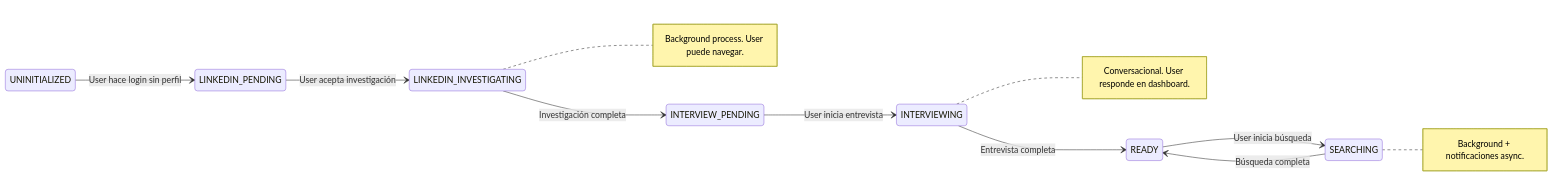
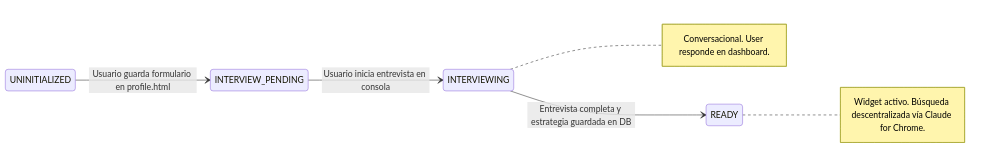
Before and after one commit to pachocamacho1990/personal-job-board: the second of 3 diagrams in docs/AGENT_ARCHITECTURE.md, drawn with Mermaid. The commit also changed other lines of this file and 2 other files, not shown here.

Commit message:
docs: update main README, DEPLOYMENT and AGENT_ARCHITECTURE guides to reflect v3 onboarding and search loops

````diff
--- a/docs/AGENT_ARCHITECTURE.md
+++ b/docs/AGENT_ARCHITECTURE.md
@@ -61,15 +54,10 @@
 ```mermaid
 stateDiagram-v2
     direction LR
-    UNINITIALIZED --> LINKEDIN_PENDING: User hace login sin perfil
-    LINKEDIN_PENDING --> LINKEDIN_INVESTIGATING: User acepta investigación
-    LINKEDIN_INVESTIGATING --> INTERVIEW_PENDING: Investigación completa
-    INTERVIEW_PENDING --> INTERVIEWING: User inicia entrevista
-    INTERVIEWING --> READY: Entrevista completa
-    READY --> SEARCHING: User inicia búsqueda
-    SEARCHING --> READY: Búsqueda completa
+    UNINITIALIZED --> INTERVIEW_PENDING: Usuario guarda formulario en profile.html
+    INTERVIEW_PENDING --> INTERVIEWING: Usuario inicia entrevista en consola
+    INTERVIEWING --> READY: Entrevista completa y estrategia guardada en DB
     
-    note right of LINKEDIN_INVESTIGATING: Background process. User puede navegar.
     note right of INTERVIEWING: Conversacional. User responde en dashboard.
-    note right of SEARCHING: Background + notificaciones async.
+    note right of READY: Widget activo. Búsqueda descentralizada vía Claude for Chrome.
 ```
````
